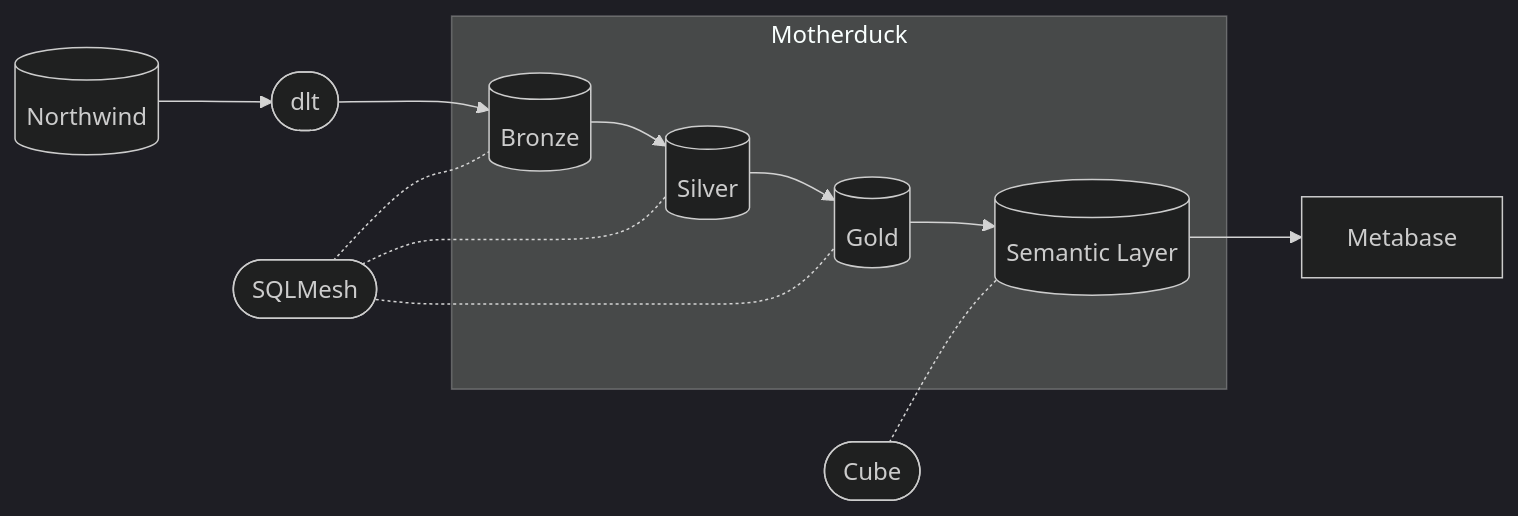
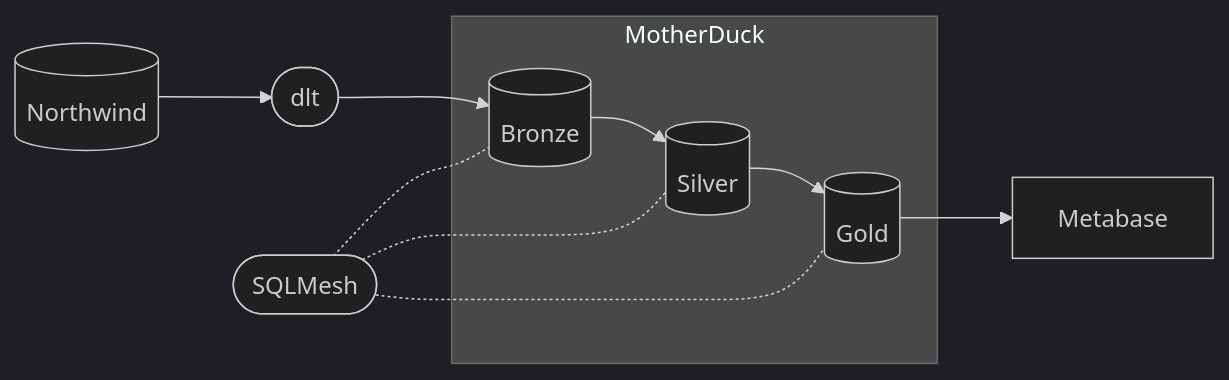
The first of 4 diagrams in README.md (mattiasthalen/obsidian-insights), drawn with Mermaid (dark theme) before and after one commit. The commit also changed other lines of this file, not shown here.

````diff
--- a/README.md
+++ b/README.md
@@ -16,35 +22,31 @@
 ```mermaid
 graph LR
     %% Source Systems
     source_1[(Northwind)]
     %%source_2[(Adventure Works)]
     
     %% Processing Layer - Using ([text]) for servers
     extract([dlt])
     transform([SQLMesh])
     
-    %% Data Warehouse - Motherduck
-    subgraph warehouse[Motherduck]
+    %% Data Warehouse - MotherDuck
+    subgraph warehouse[MotherDuck]
         bronze[(Bronze)]
         silver[(Silver)]
         gold[(Gold)]
-        diamond[(Semantic Layer)]
     end
     
-    %% Semantic Layer & BI
-    semantic_layer([Cube])
+    %% BI
     bi[Metabase]
     
     %% Connections
     source_1 --> extract
     %%source_2 --> extract
     extract --> bronze
     bronze --> silver
     silver --> gold
-    gold --> diamond
-    diamond --> bi
+    gold --> bi
     transform -.- bronze
     transform -.- silver
     transform -.- gold
-    semantic_layer -.- diamond
 ```
````
